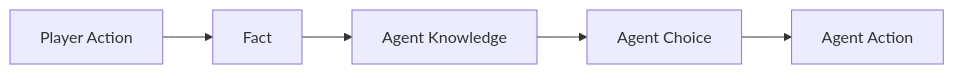
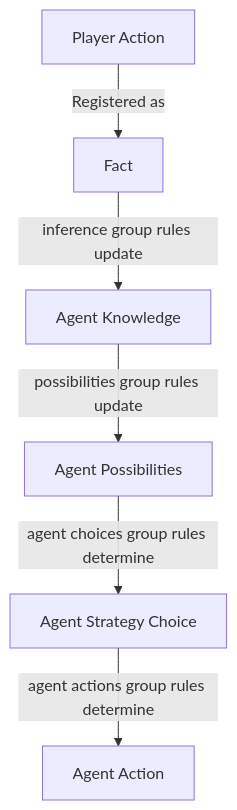
Before and after one commit to rchDev/game-of-points: the diagram in docs/deep-lore.md, drawn with Mermaid. The commit also changed other lines of this file, not shown here.

Commit message:
[docs]: add a bunch of stuff to deep-lore.md

````diff
--- a/docs/deep-lore.md
+++ b/docs/deep-lore.md
@@ -39,7 +40,8 @@
 ```mermaid
-graph LR;
-    A[Player Action] --> B[Fact];
-    B --> C[Agent Knowledge];
-    C --> D[Agent Choice];
-    D --> E[Agent Action];
+graph TD;
+    A[Player Action] -->|Registered as| B[Fact];
+    B -->|inference group rules update| C[Agent Knowledge];
+    C -->|possibilities group rules update| D[Agent Possibilities];
+    D -->|agent choices group rules determine| E[Agent Strategy Choice];
+    E -->|agent actions group rules determine| F[Agent Action];
 ```
````
